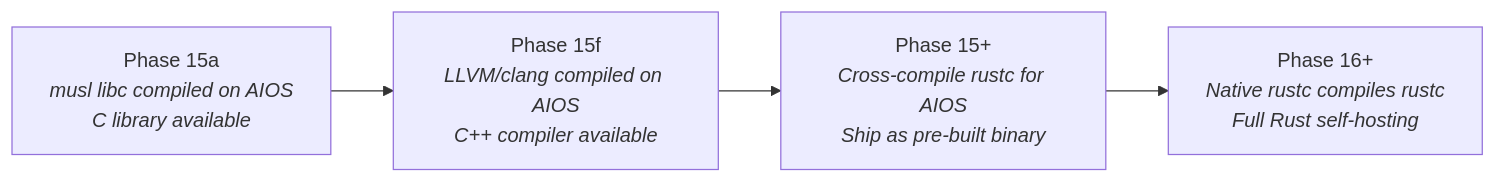
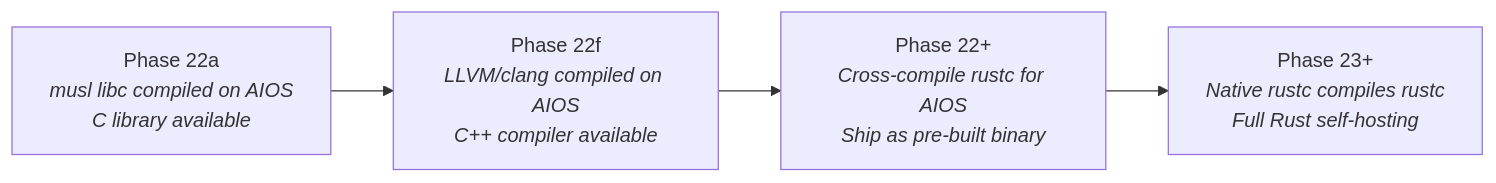
Before and after one commit to juslee/aios: the first of 2 diagrams in docs/project/language-ecosystem/runtimes.md, drawn with Mermaid. The commit also changed other lines of this file and 94 other files, not shown here.

````diff
--- a/docs/project/language-ecosystem/runtimes.md
+++ b/docs/project/language-ecosystem/runtimes.md
@@ -43,17 +43,17 @@
 ```mermaid
 flowchart LR
-    A["`Phase 15a
+    A["`Phase 22a
 *musl libc compiled on AIOS
 C library available*`"]
-    B["`Phase 15f
+    B["`Phase 22f
 *LLVM/clang compiled on AIOS
 C++ compiler available*`"]
-    C["`Phase 15+
+    C["`Phase 22+
 *Cross-compile rustc for AIOS
 Ship as pre-built binary*`"]
-    D["`Phase 16+
+    D["`Phase 23+
 *Native rustc compiles rustc
 Full Rust self-hosting*`"]
 
     A --> B --> C --> D
 ```
````
